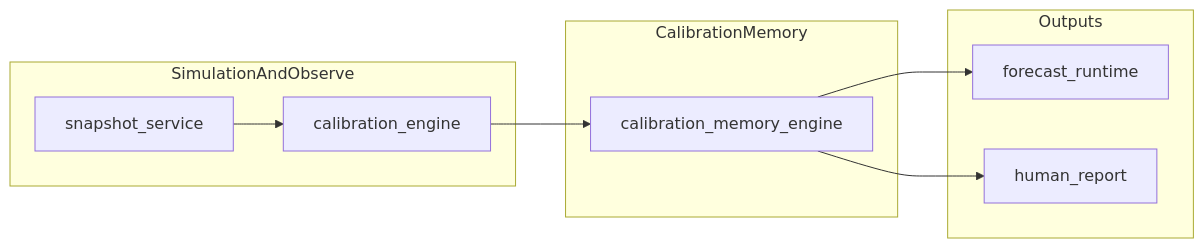
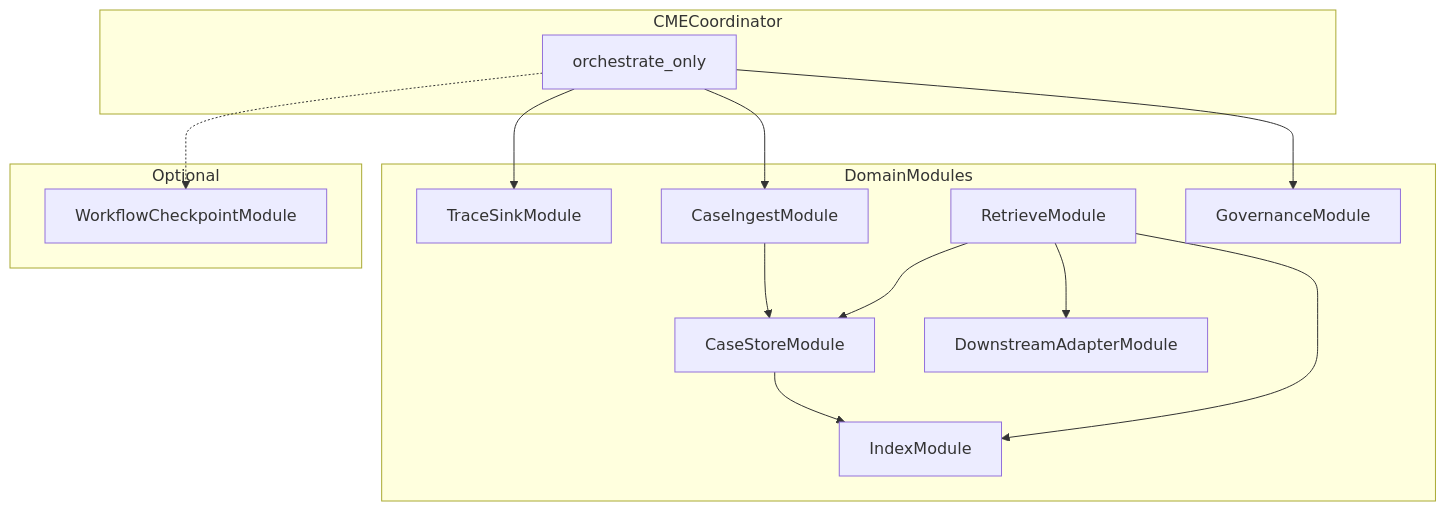
The first of 2 diagrams in rag_design/docs/plans/2026-03-28-调研与设计-校正记忆与经验库.md (CamelliaLilium/EvoPalantir), drawn with Mermaid before and after one commit. The commit also changed other lines of this file and 14 other files, not shown here.

````diff
--- a/rag_design/docs/plans/2026-03-28-调研与设计-校正记忆与经验库.md
+++ b/rag_design/docs/plans/2026-03-28-调研与设计-校正记忆与经验库.md
@@ -26,18 +71,27 @@
 ```mermaid
-flowchart LR
-  subgraph sim [SimulationAndObserve]
-    SR[snapshot_service]
-    CE[calibration_engine]
+flowchart TB
+  subgraph coord [CMECoordinator]
+    ORC[orchestrate_only]
   end
-  subgraph mem [CalibrationMemory]
-    CME[calibration_memory_engine]
+  subgraph domain [DomainModules]
+    TS[TraceSinkModule]
+    ING[CaseIngestModule]
+    CS[CaseStoreModule]
+    IX[IndexModule]
+    RT[RetrieveModule]
+    GV[GovernanceModule]
+    DA[DownstreamAdapterModule]
   end
-  subgraph out [Outputs]
-    FR[forecast_runtime]
-    HR[human_report]
+  subgraph opt [Optional]
+    WC[WorkflowCheckpointModule]
   end
-  SR --> CE
-  CE --> CME
-  CME --> FR
-  CME --> HR
+  ORC --> TS
+  ORC --> ING
+  ING --> CS
+  CS --> IX
+  RT --> IX
+  RT --> CS
+  ORC --> GV
+  RT --> DA
+  ORC -.-> WC
 ```
````
